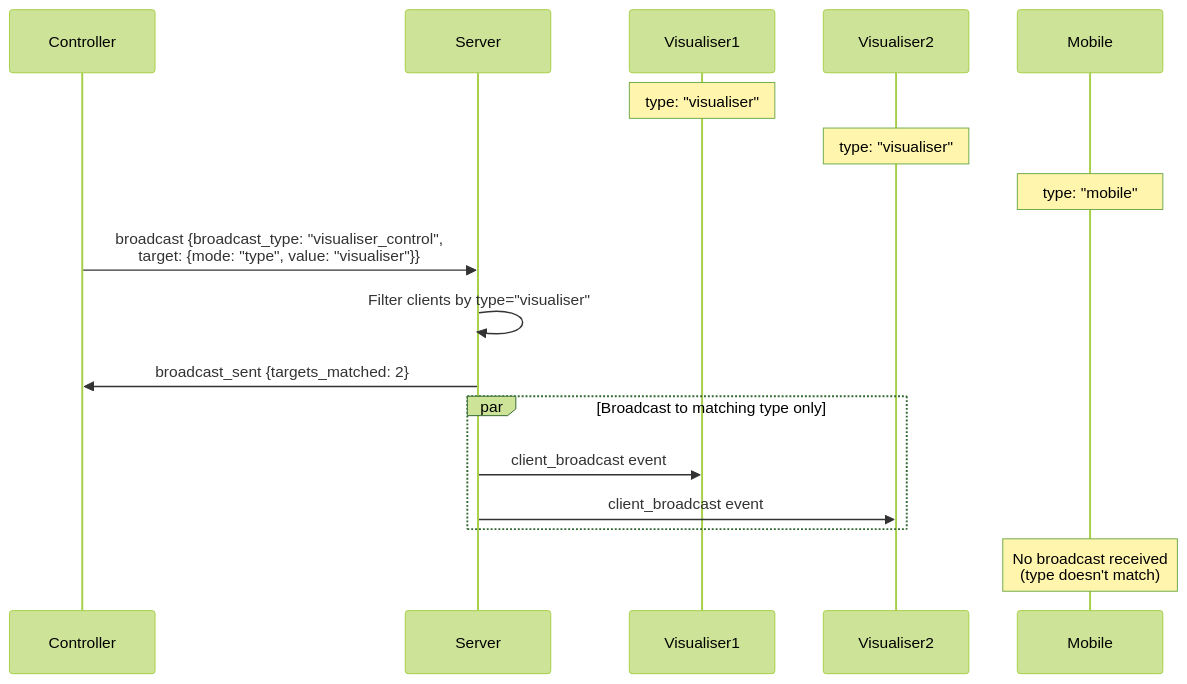
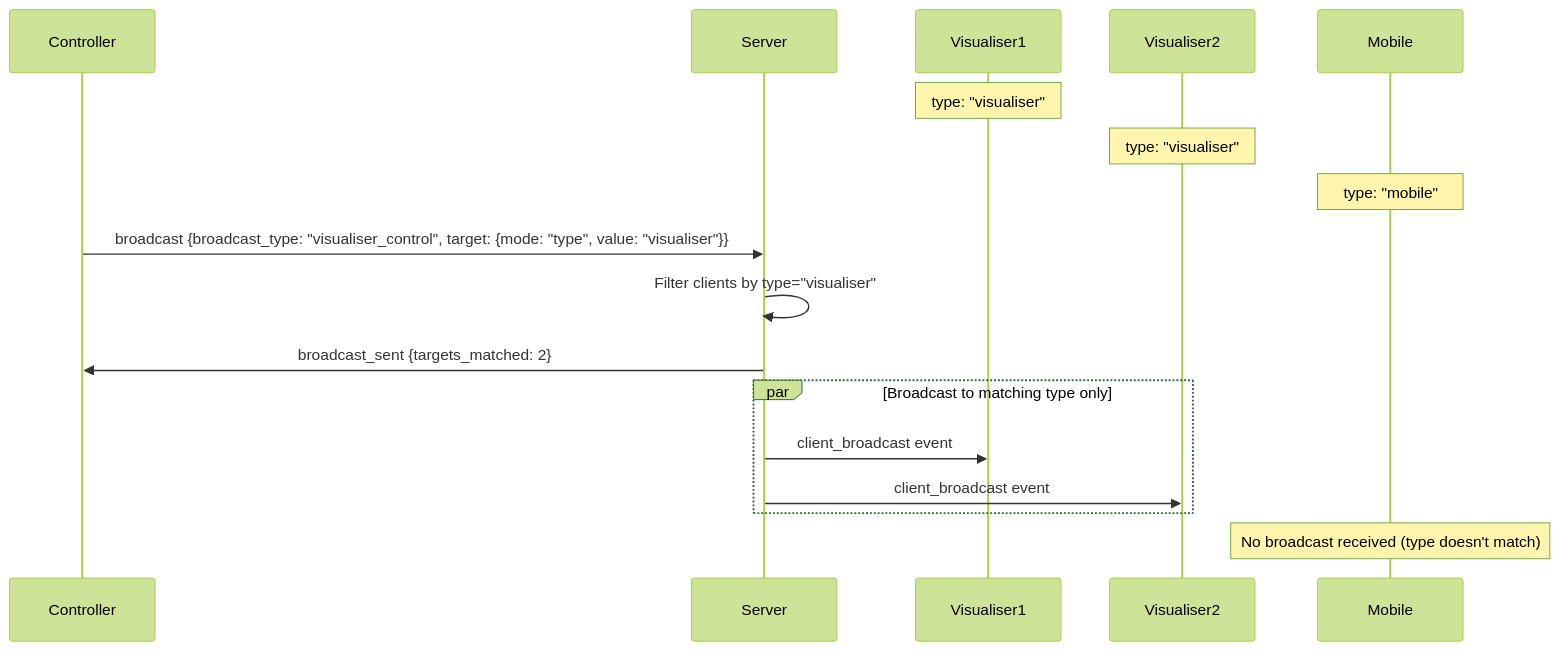
The fourth of 8 diagrams in docs/developer/websocket_client_examples.md (LedFx/LedFx), drawn with Mermaid (forest theme) before and after one commit. The commit also changed other lines of this file and 10 other files, not shown here.

````diff
--- a/docs/developer/websocket_client_examples.md
+++ b/docs/developer/websocket_client_examples.md
@@ -300,23 +300,23 @@
-```{mermaid}
+```mermaid
 sequenceDiagram
     participant Controller
     participant Server
     participant Visualiser1
     participant Visualiser2
     participant Mobile
 
     Note over Visualiser1: type: "visualiser"
     Note over Visualiser2: type: "visualiser"
     Note over Mobile: type: "mobile"
 
-    Controller->>Server: broadcast {broadcast_type: "visualiser_control",<br/>target: {mode: "type", value: "visualiser"}}
+    Controller->>Server: broadcast {broadcast_type: "visualiser_control", target: {mode: "type", value: "visualiser"}}
     Server->>Server: Filter clients by type="visualiser"
     Server->>Controller: broadcast_sent {targets_matched: 2}
 
     par Broadcast to matching type only
         Server->>Visualiser1: client_broadcast event
         Server->>Visualiser2: client_broadcast event
     end
 
-    Note over Mobile: No broadcast received<br/>(type doesn't match)
+    Note over Mobile: No broadcast received (type doesn't match)
 ```
````
